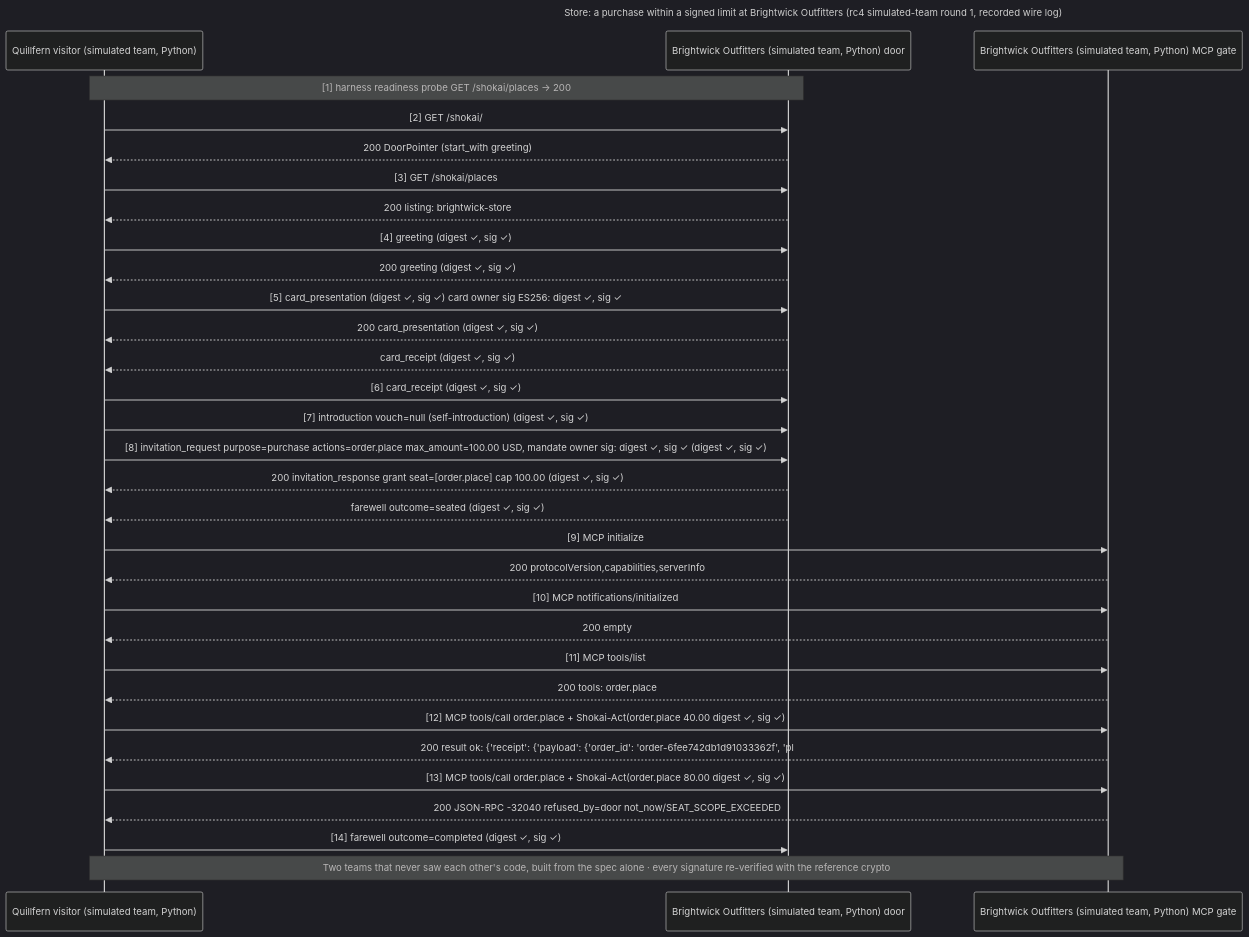
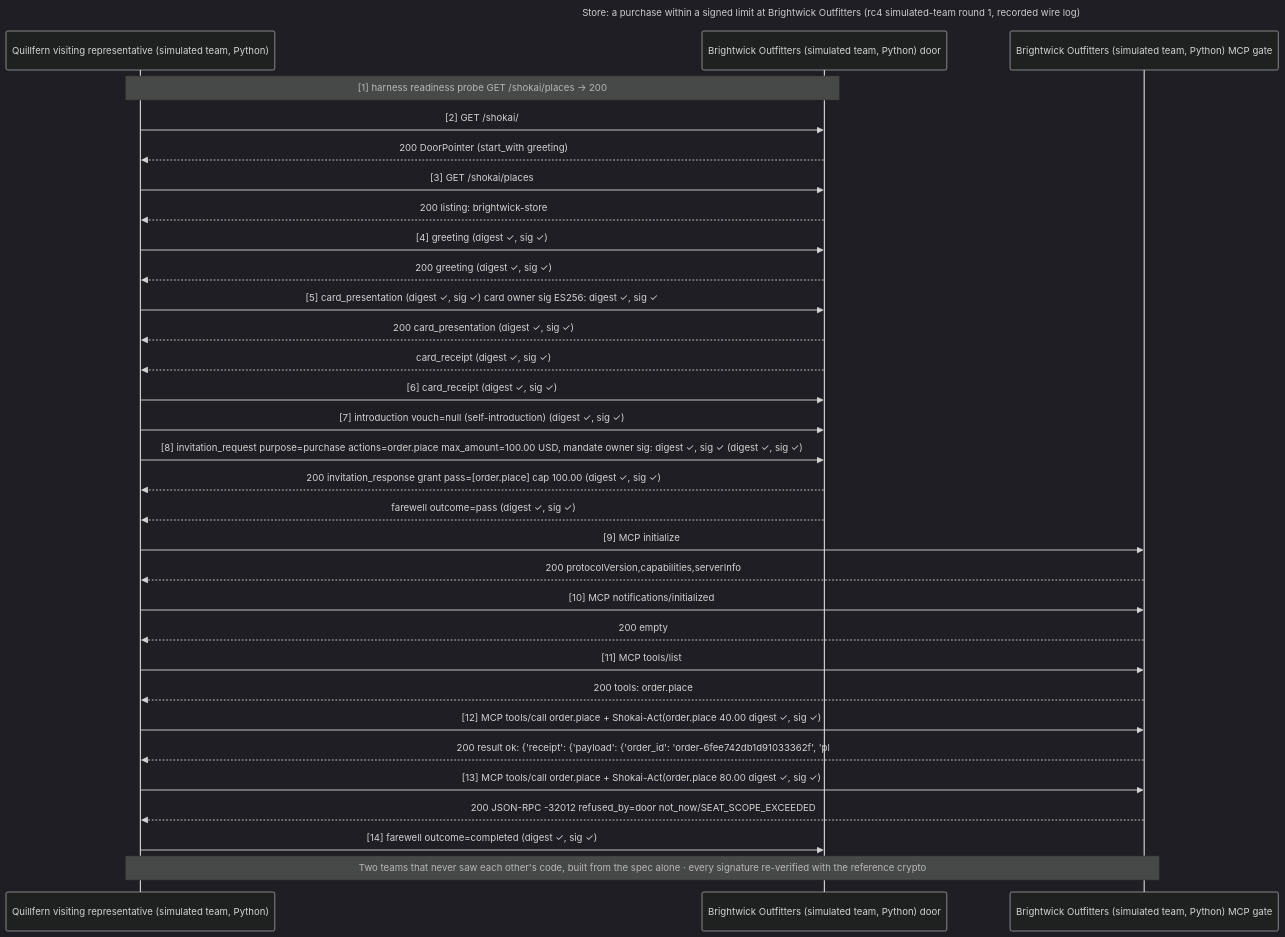
Before and after one commit to Kigenka/shokai: the diagram in examples/diagrams/src/store.mmd, drawn with Mermaid (dark theme). The commit also changed 618 other files, not shown here.

```diff
--- a/examples/diagrams/src/store.mmd
+++ b/examples/diagrams/src/store.mmd
@@ -1,32 +1,32 @@
 sequenceDiagram
   title Store: a purchase within a signed limit at Brightwick Outfitters (rc4 simulated-team round 1, recorded wire log)
-  participant V as Quillfern visitor (simulated team, Python)
+  participant V as Quillfern visiting representative (simulated team, Python)
   participant D as Brightwick Outfitters (simulated team, Python) door
   participant G as Brightwick Outfitters (simulated team, Python) MCP gate
   Note over V,D: [1] harness readiness probe GET /shokai/places → 200
   V->>D: [2] GET /shokai/
   D-->>V: 200 DoorPointer (start_with greeting)
   V->>D: [3] GET /shokai/places
   D-->>V: 200 listing: brightwick-store
   V->>D: [4] greeting (digest ✓, sig ✓)
   D-->>V: 200 greeting (digest ✓, sig ✓)
   V->>D: [5] card_presentation (digest ✓, sig ✓)  card owner sig ES256: digest ✓, sig ✓
   D-->>V: 200 card_presentation (digest ✓, sig ✓)
   D-->>V: card_receipt (digest ✓, sig ✓)
   V->>D: [6] card_receipt (digest ✓, sig ✓)
   V->>D: [7] introduction vouch=null (self-introduction) (digest ✓, sig ✓)
   V->>D: [8] invitation_request purpose=purchase actions=order.place max_amount=100.00 USD, mandate owner sig: digest ✓, sig ✓ (digest ✓, sig ✓)
-  D-->>V: 200 invitation_response grant seat=[order.place] cap 100.00 (digest ✓, sig ✓)
-  D-->>V: farewell outcome=seated (digest ✓, sig ✓)
+  D-->>V: 200 invitation_response grant pass=[order.place] cap 100.00 (digest ✓, sig ✓)
+  D-->>V: farewell outcome=pass (digest ✓, sig ✓)
   V->>G: [9] MCP initialize
   G-->>V: 200 protocolVersion,capabilities,serverInfo
   V->>G: [10] MCP notifications/initialized
   G-->>V: 200 empty
   V->>G: [11] MCP tools/list
   G-->>V: 200 tools: order.place
   V->>G: [12] MCP tools/call order.place + Shokai-Act(order.place 40.00  digest ✓, sig ✓)
   G-->>V: 200 result ok: {'receipt': {'payload': {'order_id': 'order-6fee742db1d91033362f', 'pl
   V->>G: [13] MCP tools/call order.place + Shokai-Act(order.place 80.00  digest ✓, sig ✓)
-  G-->>V: 200 JSON-RPC -32040 refused_by=door not_now/SEAT_SCOPE_EXCEEDED
+  G-->>V: 200 JSON-RPC -32012 refused_by=door not_now/SEAT_SCOPE_EXCEEDED
   V->>D: [14] farewell outcome=completed (digest ✓, sig ✓)
   Note over V,G: Two teams that never saw each other's code, built from the spec alone · every signature re-verified with the reference crypto
```
